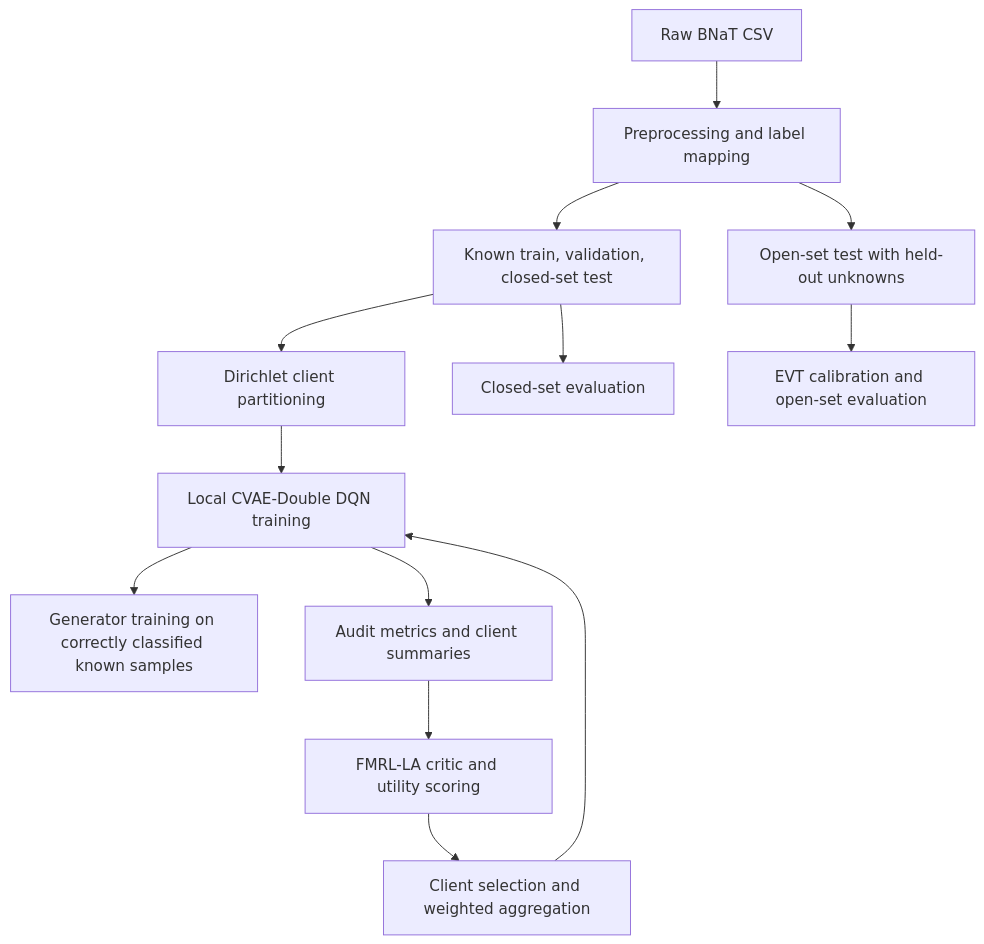
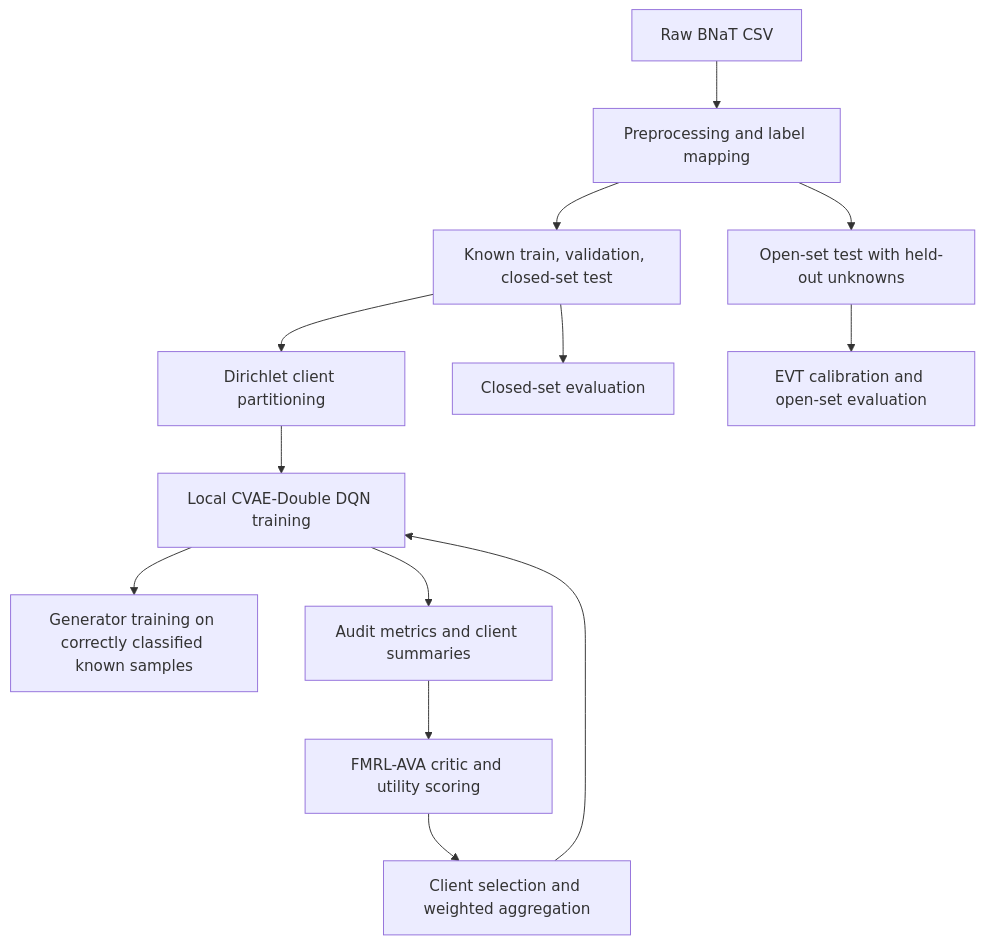
One commit to aminio9/fedtros changed the diagram in docs/cf_marlos-experiment-plan.md. Above: the diagram before and after it, drawn with Mermaid. The commit also changed other lines of this file and 49 other files, not shown here.

Commit message:
Rename aggregation method to FMRL-AVA

````diff
--- a/docs/cf_marlos-experiment-plan.md
+++ b/docs/cf_marlos-experiment-plan.md
@@ -384,15 +386,15 @@
 ```mermaid
 flowchart TD
     A[Raw BNaT CSV] --> B[Preprocessing and label mapping]
     B --> C[Known train, validation, closed-set test]
     B --> D[Open-set test with held-out unknowns]
     C --> E[Dirichlet client partitioning]
     E --> F[Local CVAE-Double DQN training]
     F --> G[Generator training on correctly classified known samples]
     F --> H[Audit metrics and client summaries]
-    H --> I[FMRL-LA critic and utility scoring]
+    H --> I[FMRL-AVA critic and utility scoring]
     I --> J[Client selection and weighted aggregation]
     J --> F
     C --> K[Closed-set evaluation]
     D --> L[EVT calibration and open-set evaluation]
 ```
````
